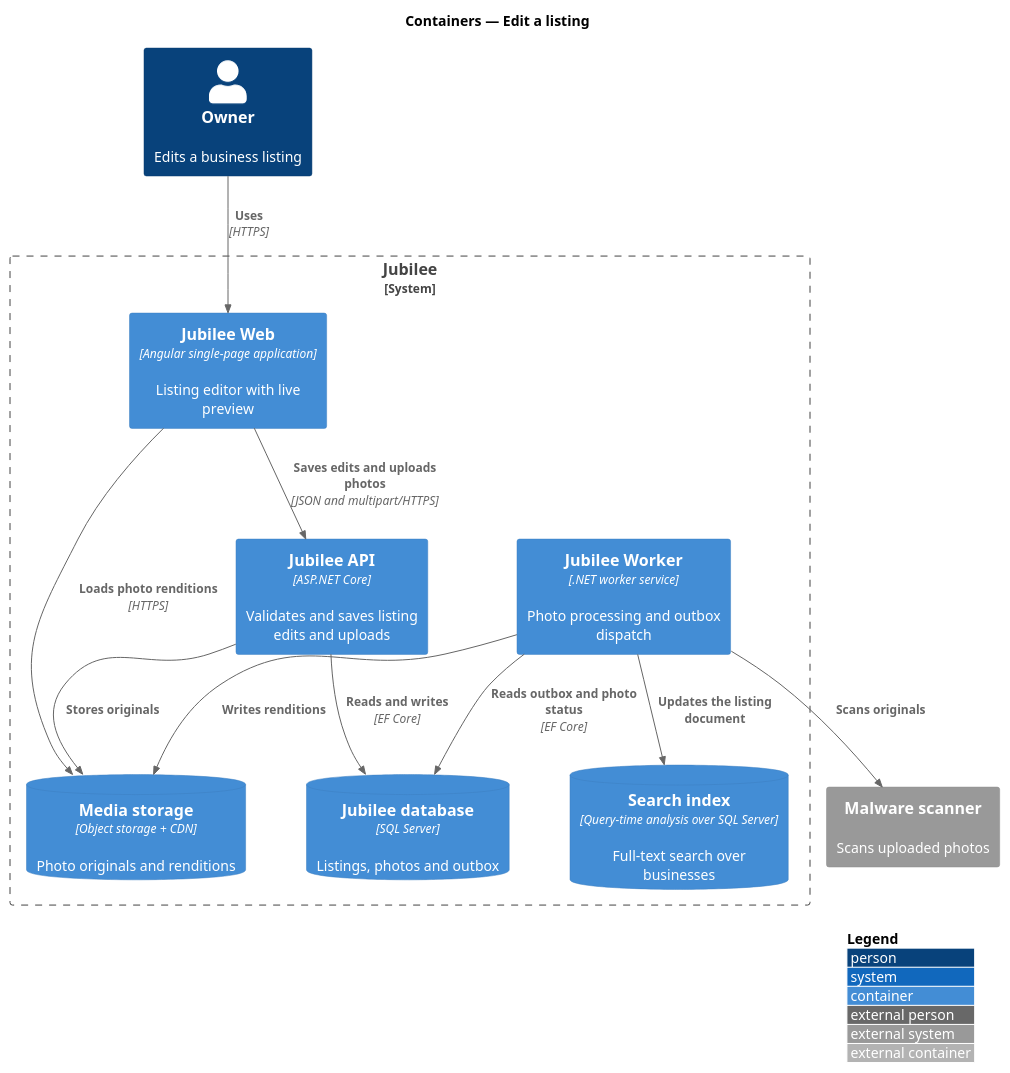
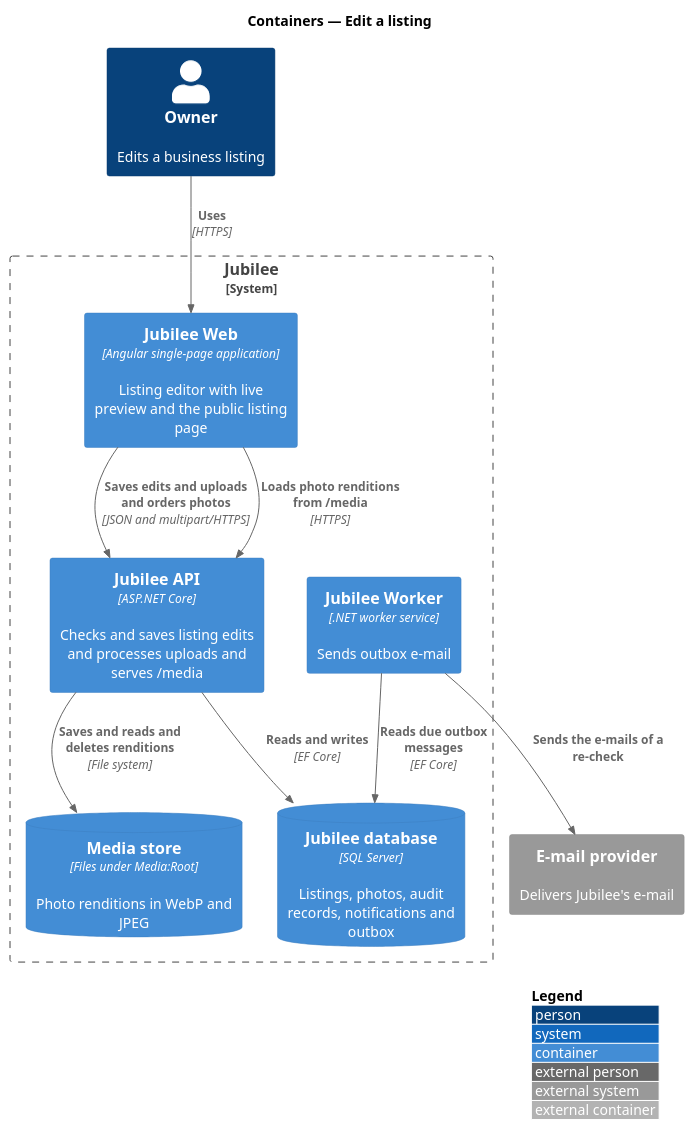
Before and after one commit to QuinntyneBrown/jubilee: the diagram in docs/detailed-designs/owner-workspace/edit-listing/diagrams/c4-container.puml, drawn with PlantUML. The commit also changed 43 other files, not shown here.

```diff
--- a/docs/detailed-designs/owner-workspace/edit-listing/diagrams/c4-container.puml
+++ b/docs/detailed-designs/owner-workspace/edit-listing/diagrams/c4-container.puml
@@ -1,26 +1,23 @@
 @startuml
 !include <C4/C4_Container>
 LAYOUT_WITH_LEGEND()
 title Containers — Edit a listing
 
 Person(owner, "Owner", "Edits a business listing")
 System_Boundary(jubilee, "Jubilee") {
-  Container(web, "Jubilee Web", "Angular single-page application", "Listing editor with live preview")
-  Container(api, "Jubilee API", "ASP.NET Core", "Validates and saves listing edits and uploads")
-  Container(worker, "Jubilee Worker", ".NET worker service", "Photo processing and outbox dispatch")
-  ContainerDb(db, "Jubilee database", "SQL Server", "Listings, photos and outbox")
-  ContainerDb(media, "Media storage", "Object storage + CDN", "Photo originals and renditions")
-  ContainerDb(search, "Search index", "Query-time analysis over SQL Server", "Full-text search over businesses")
+  Container(web, "Jubilee Web", "Angular single-page application", "Listing editor with live preview and the public listing page")
+  Container(api, "Jubilee API", "ASP.NET Core", "Checks and saves listing edits and processes uploads and serves /media")
+  Container(worker, "Jubilee Worker", ".NET worker service", "Sends outbox e-mail")
+  ContainerDb(db, "Jubilee database", "SQL Server", "Listings, photos, audit records, notifications and outbox")
+  ContainerDb(media, "Media store", "Files under Media:Root", "Photo renditions in WebP and JPEG")
 }
-System_Ext(scanner, "Malware scanner", "Scans uploaded photos")
+System_Ext(email, "E-mail provider", "Delivers Jubilee's e-mail")
 
 Rel(owner, web, "Uses", "HTTPS")
-Rel(web, api, "Saves edits and uploads photos", "JSON and multipart/HTTPS")
-Rel(web, media, "Loads photo renditions", "HTTPS")
+Rel(web, api, "Saves edits and uploads and orders photos", "JSON and multipart/HTTPS")
+Rel(web, api, "Loads photo renditions from /media", "HTTPS")
 Rel(api, db, "Reads and writes", "EF Core")
-Rel(api, media, "Stores originals")
-Rel(worker, db, "Reads outbox and photo status", "EF Core")
-Rel(worker, media, "Writes renditions")
-Rel(worker, scanner, "Scans originals")
-Rel(worker, search, "Updates the listing document")
+Rel(api, media, "Saves and reads and deletes renditions", "File system")
+Rel(worker, db, "Reads due outbox messages", "EF Core")
+Rel(worker, email, "Sends the e-mails of a re-check")
 @enduml
```
